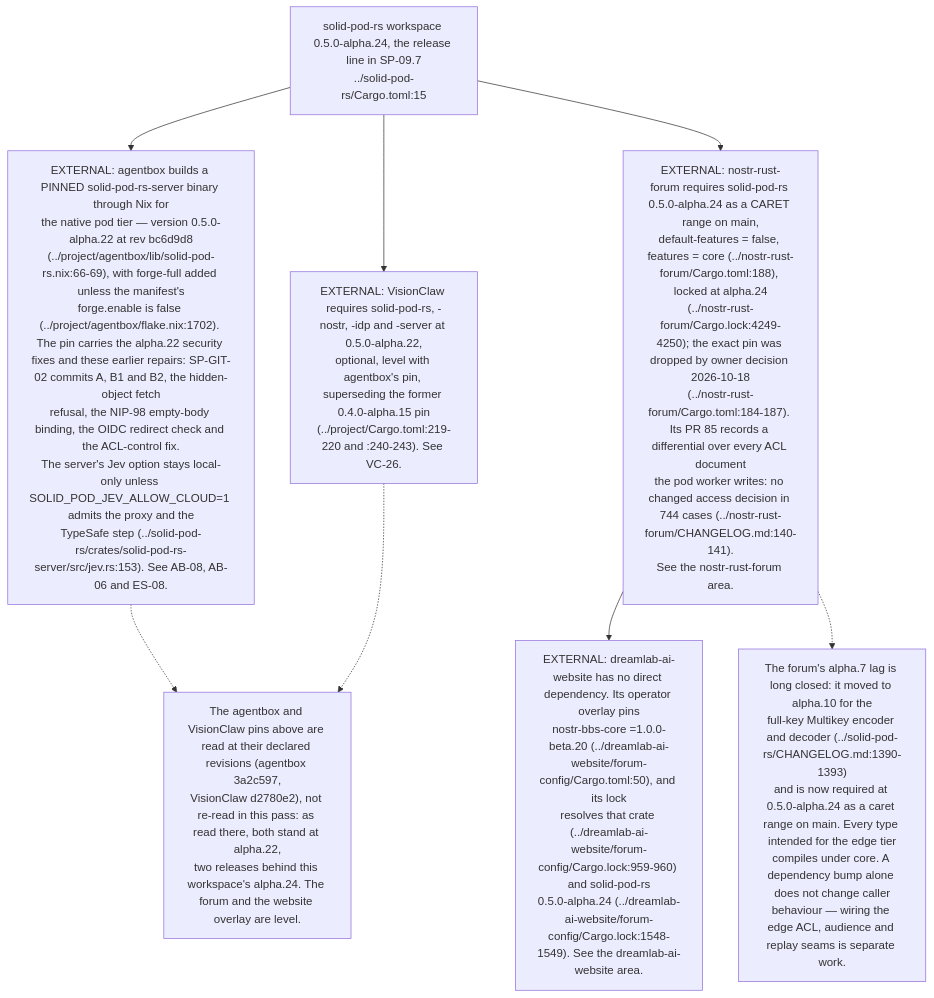
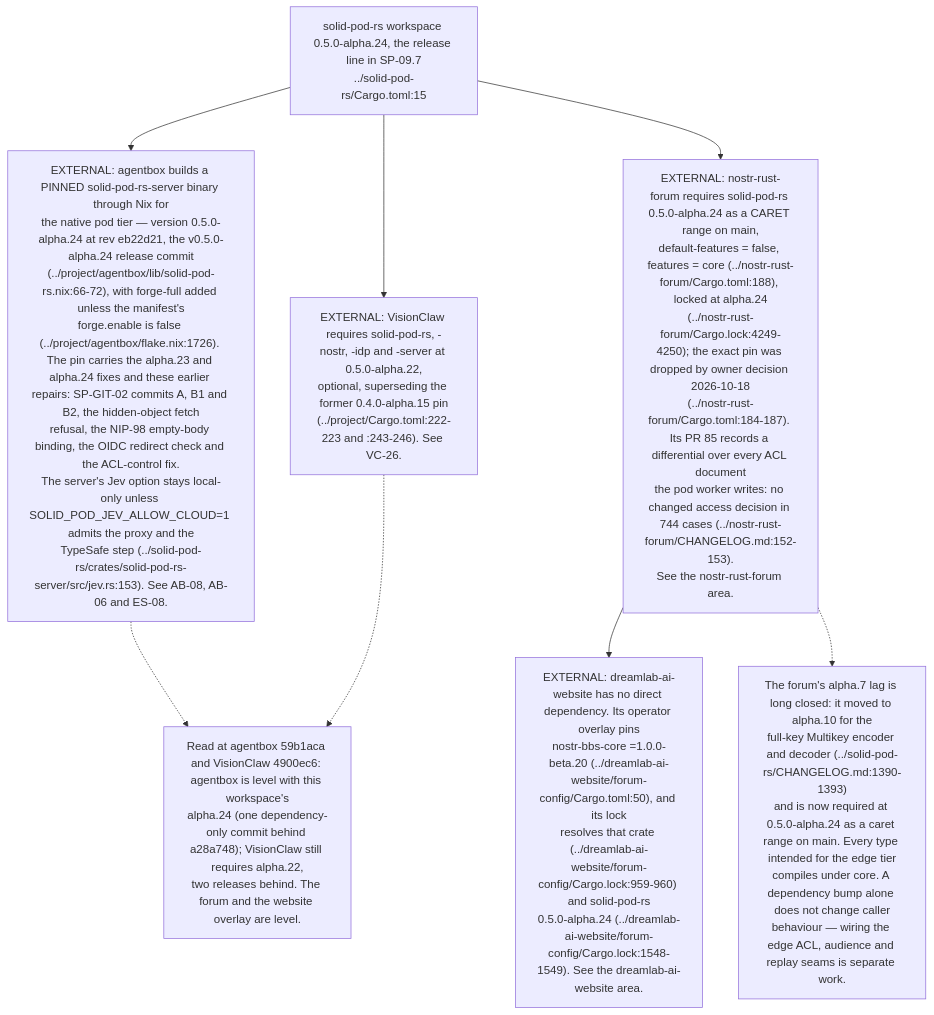
One commit to DreamLab-AI/VisionFlow changed the sixth of 10 diagrams in docs/diagrams/solid-pod-rs/09-ci-release-and-consumer-pins.md. Above: the diagram before and after it, drawn with Mermaid. The commit also changed other lines of this file and 3 other files, not shown here.

First line of the commit message:
diagrams(solid-pod-rs): absorb the in-repo diagram set; re-verify SP-08 and SP-09

````diff
--- a/docs/diagrams/solid-pod-rs/09-ci-release-and-consumer-pins.md
+++ b/docs/diagrams/solid-pod-rs/09-ci-release-and-consumer-pins.md
@@ -249,19 +248,19 @@
 ```mermaid
 flowchart TD
     P["solid-pod-rs workspace 0.5.0-alpha.24, the release line in SP-09.7<br/>../solid-pod-rs/Cargo.toml:15"]
     P --> AB
     P --> VC
     P --> NF
-    AB["EXTERNAL: agentbox builds a PINNED solid-pod-rs-server binary through Nix for<br/>the native pod tier — version 0.5.0-alpha.22 at rev bc6d9d8<br/>(../project/agentbox/lib/solid-pod-rs.nix:66-69), with forge-full added unless the manifest's<br/>forge.enable is false (../project/agentbox/flake.nix:1702). The pin carries the alpha.22 security fixes and these earlier repairs: SP-GIT-02 commits A, B1 and B2, the hidden-object fetch<br/>refusal, the NIP-98 empty-body binding, the OIDC redirect check and the ACL-control fix.<br/>The server's Jev option stays local-only unless SOLID_POD_JEV_ALLOW_CLOUD=1 admits the proxy and the<br/>TypeSafe step (../solid-pod-rs/crates/solid-pod-rs-server/src/jev.rs:153). See AB-08, AB-06 and ES-08."]
-    VC["EXTERNAL: VisionClaw requires solid-pod-rs, -nostr, -idp and -server at 0.5.0-alpha.22,<br/>optional, level with agentbox's pin, superseding the former 0.4.0-alpha.15 pin<br/>(../project/Cargo.toml:219-220 and :240-243). See VC-26."]
-    NF["EXTERNAL: nostr-rust-forum requires solid-pod-rs 0.5.0-alpha.24 as a CARET range on main,<br/>default-features = false, features = core (../nostr-rust-forum/Cargo.toml:188), locked at alpha.24<br/>(../nostr-rust-forum/Cargo.lock:4249-4250); the exact pin was dropped by owner decision 2026-10-18<br/>(../nostr-rust-forum/Cargo.toml:184-187). Its PR 85 records a differential over every ACL document<br/>the pod worker writes: no changed access decision in 744 cases (../nostr-rust-forum/CHANGELOG.md:140-141).<br/>See the nostr-rust-forum area."]
+    AB["EXTERNAL: agentbox builds a PINNED solid-pod-rs-server binary through Nix for<br/>the native pod tier — version 0.5.0-alpha.24 at rev eb22d21, the v0.5.0-alpha.24 release commit<br/>(../project/agentbox/lib/solid-pod-rs.nix:66-72), with forge-full added unless the manifest's<br/>forge.enable is false (../project/agentbox/flake.nix:1726). The pin carries the alpha.23 and alpha.24 fixes and these earlier repairs: SP-GIT-02 commits A, B1 and B2, the hidden-object fetch<br/>refusal, the NIP-98 empty-body binding, the OIDC redirect check and the ACL-control fix.<br/>The server's Jev option stays local-only unless SOLID_POD_JEV_ALLOW_CLOUD=1 admits the proxy and the<br/>TypeSafe step (../solid-pod-rs/crates/solid-pod-rs-server/src/jev.rs:153). See AB-08, AB-06 and ES-08."]
+    VC["EXTERNAL: VisionClaw requires solid-pod-rs, -nostr, -idp and -server at 0.5.0-alpha.22,<br/>optional, superseding the former 0.4.0-alpha.15 pin<br/>(../project/Cargo.toml:222-223 and :243-246). See VC-26."]
+    NF["EXTERNAL: nostr-rust-forum requires solid-pod-rs 0.5.0-alpha.24 as a CARET range on main,<br/>default-features = false, features = core (../nostr-rust-forum/Cargo.toml:188), locked at alpha.24<br/>(../nostr-rust-forum/Cargo.lock:4249-4250); the exact pin was dropped by owner decision 2026-10-18<br/>(../nostr-rust-forum/Cargo.toml:184-187). Its PR 85 records a differential over every ACL document<br/>the pod worker writes: no changed access decision in 744 cases (../nostr-rust-forum/CHANGELOG.md:152-153).<br/>See the nostr-rust-forum area."]
     DW["EXTERNAL: dreamlab-ai-website has no direct dependency. Its operator overlay pins<br/>nostr-bbs-core =1.0.0-beta.20 (../dreamlab-ai-website/forum-config/Cargo.toml:50), and its lock<br/>resolves that crate (../dreamlab-ai-website/forum-config/Cargo.lock:959-960) and solid-pod-rs<br/>0.5.0-alpha.24 (../dreamlab-ai-website/forum-config/Cargo.lock:1548-1549). See the dreamlab-ai-website area."]
-    LAG["The agentbox and VisionClaw pins above are read at their declared revisions (agentbox 3a2c597,<br/>VisionClaw d2780e2), not re-read in this pass: as read there, both stand at alpha.22,<br/>two releases behind this workspace's alpha.24. The forum and the website overlay are level."]
+    LAG["Read at agentbox 59b1aca and VisionClaw 4900ec6: agentbox is level with this workspace's<br/>alpha.24 (one dependency-only commit behind a28a748); VisionClaw still requires alpha.22,<br/>two releases behind. The forum and the website overlay are level."]
     AB -.-> LAG
     VC -.-> LAG
 
     NF --> DW
 
     N["The forum's alpha.7 lag is long closed: it moved to alpha.10 for the<br/>full-key Multikey encoder and decoder (../solid-pod-rs/CHANGELOG.md:1390-1393)<br/>and is now required at 0.5.0-alpha.24 as a caret range on main. Every type intended for the edge tier<br/>compiles under core. A dependency bump alone does not change caller<br/>behaviour — wiring the edge ACL, audience and replay seams is separate work."]
     NF -.-> N
 ```
````
